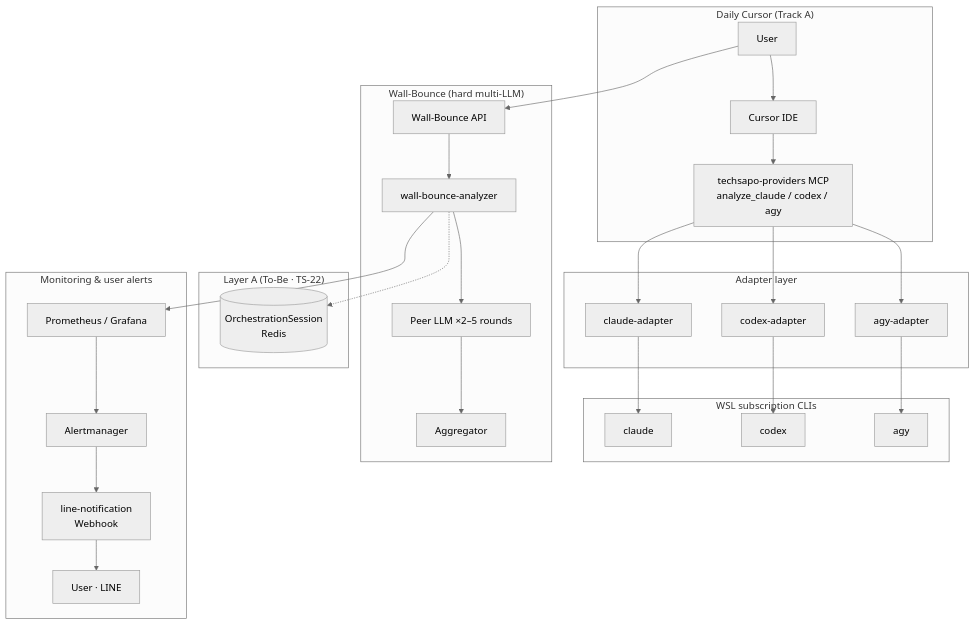
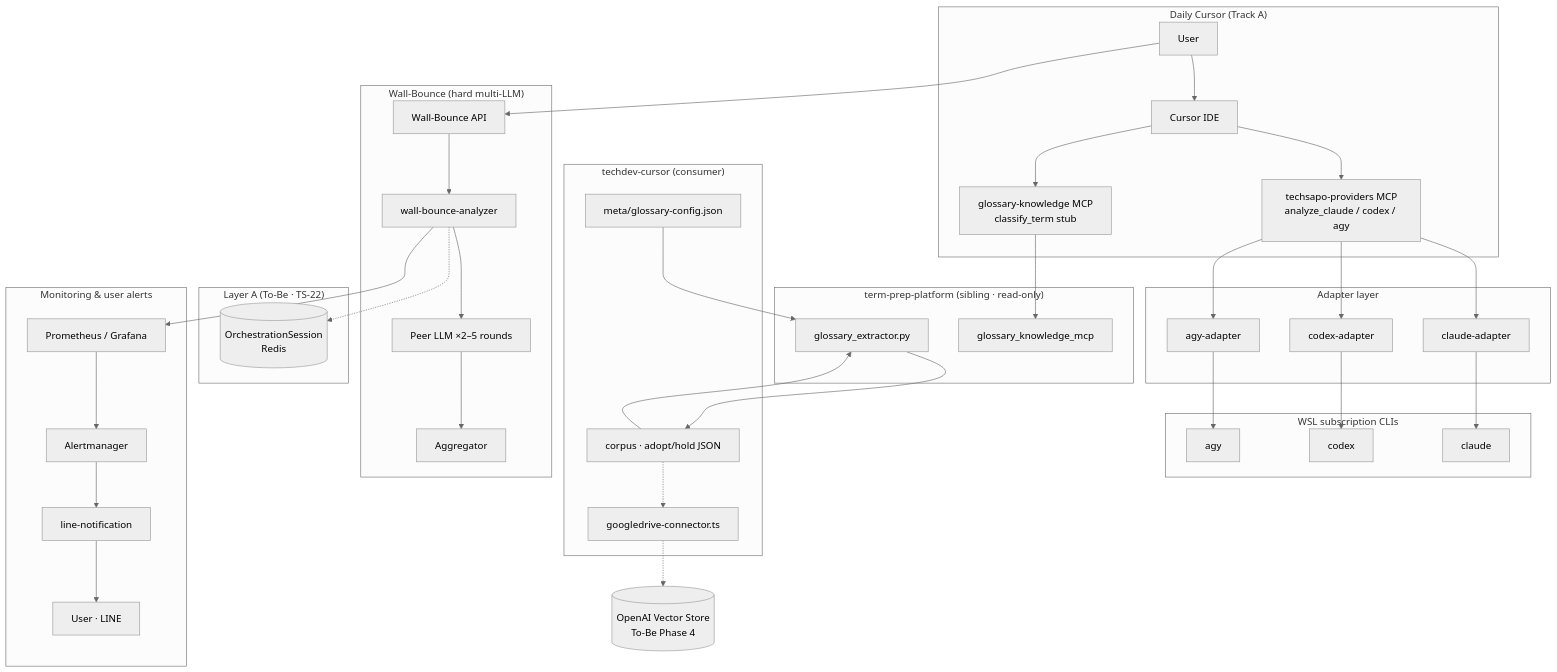
One commit to wombat2006/techdev-cursor changed the diagram in README_en.md. Above: the diagram before and after it, drawn with Mermaid (neutral theme). The commit also changed other lines of this file and 1 other file, not shown here.

Commit message:
docs: update README architecture diagram for glossary prep flow
Add term-prep-platform sibling, glossary-knowledge MCP, consumer
config/adopt-hold, and Phase 4 RAG path to the overview mermaid.

````diff
--- a/README_en.md
+++ b/README_en.md
@@ -37,47 +37,69 @@
 ```mermaid
 flowchart TB
-  subgraph daily["Daily Cursor (Track A)"]
+  subgraph trackA["Daily Cursor (Track A)"]
     U1[User]
     CUR[Cursor IDE]
     MCP[techsapo-providers MCP<br/>analyze_claude / codex / agy]
+    GK_MCP[glossary-knowledge MCP<br/>classify_term stub]
+  end
+
+  subgraph repo["techdev-cursor (consumer)"]
+    CFG[meta/glossary-config.json]
+    CORP[corpus · adopt/hold JSON]
+    GD[googledrive-connector.ts]
+  end
+
+  subgraph platform["term-prep-platform (sibling · read-only)"]
+    EXT[glossary_extractor.py]
+    GK[glossary_knowledge_mcp]
   end
 
   subgraph adapters["Adapter layer"]
     AD1[claude-adapter]
     AD2[codex-adapter]
     AD3[agy-adapter]
   end
 
   subgraph cli["WSL subscription CLIs"]
     CL[claude]
     CX[codex]
     AG[agy]
   end
 
   subgraph wb["Wall-Bounce (hard multi-LLM)"]
     API[Wall-Bounce API]
     WBA[wall-bounce-analyzer]
     PEER[Peer LLM ×2–5 rounds]
     AGG[Aggregator]
   end
 
   subgraph mem["Layer A (To-Be · TS-22)"]
     REDIS[(OrchestrationSession<br/>Redis)]
   end
 
   subgraph mon["Monitoring & user alerts"]
     PROM[Prometheus / Grafana]
     AM[Alertmanager]
-    LN[line-notification<br/>Webhook]
+    LN[line-notification]
     U2[User · LINE]
   end
 
-  U1 --> CUR --> MCP
+  VS[(OpenAI Vector Store<br/>To-Be Phase 4)]
+
+  U1 --> CUR
+  CUR --> MCP
+  CUR --> GK_MCP
   MCP --> AD1 & AD2 & AD3
   AD1 --> CL
   AD2 --> CX
   AD3 --> AG
+  GK_MCP --> GK
+  CFG --> EXT
+  CORP --> EXT
+  EXT --> CORP
+  GD -.-> VS
+  CORP -.-> GD
   U1 --> API --> WBA --> PEER --> AGG
   WBA -.-> REDIS
   WBA --> PROM --> AM --> LN --> U2
 ```
````
